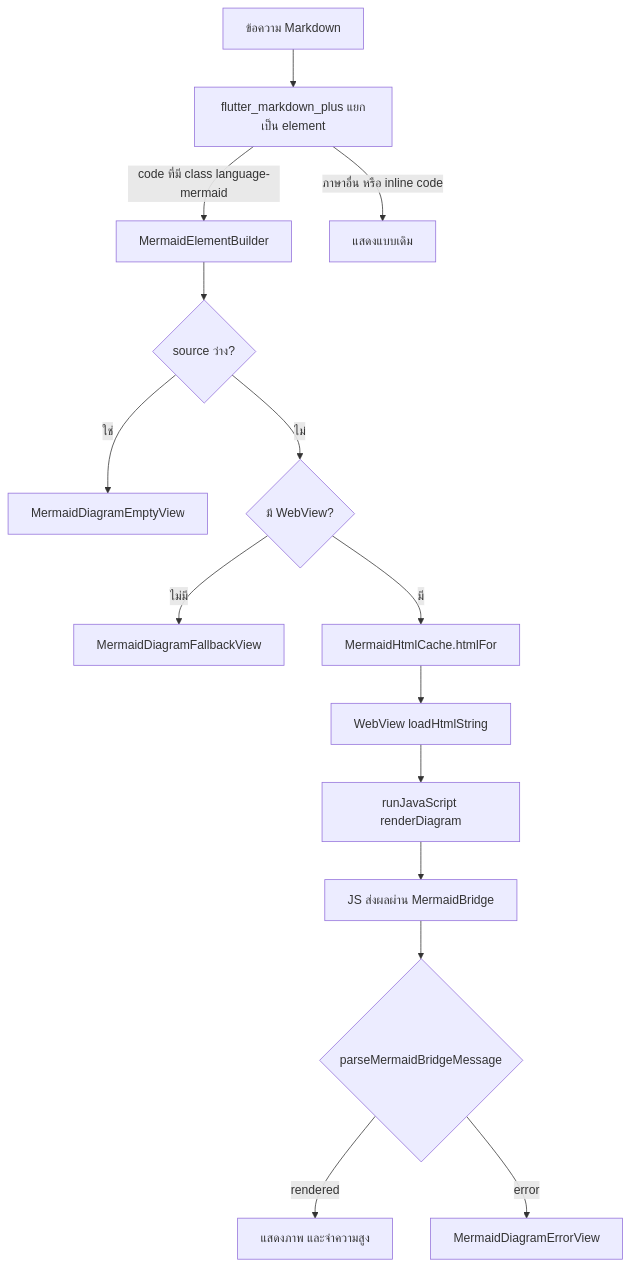
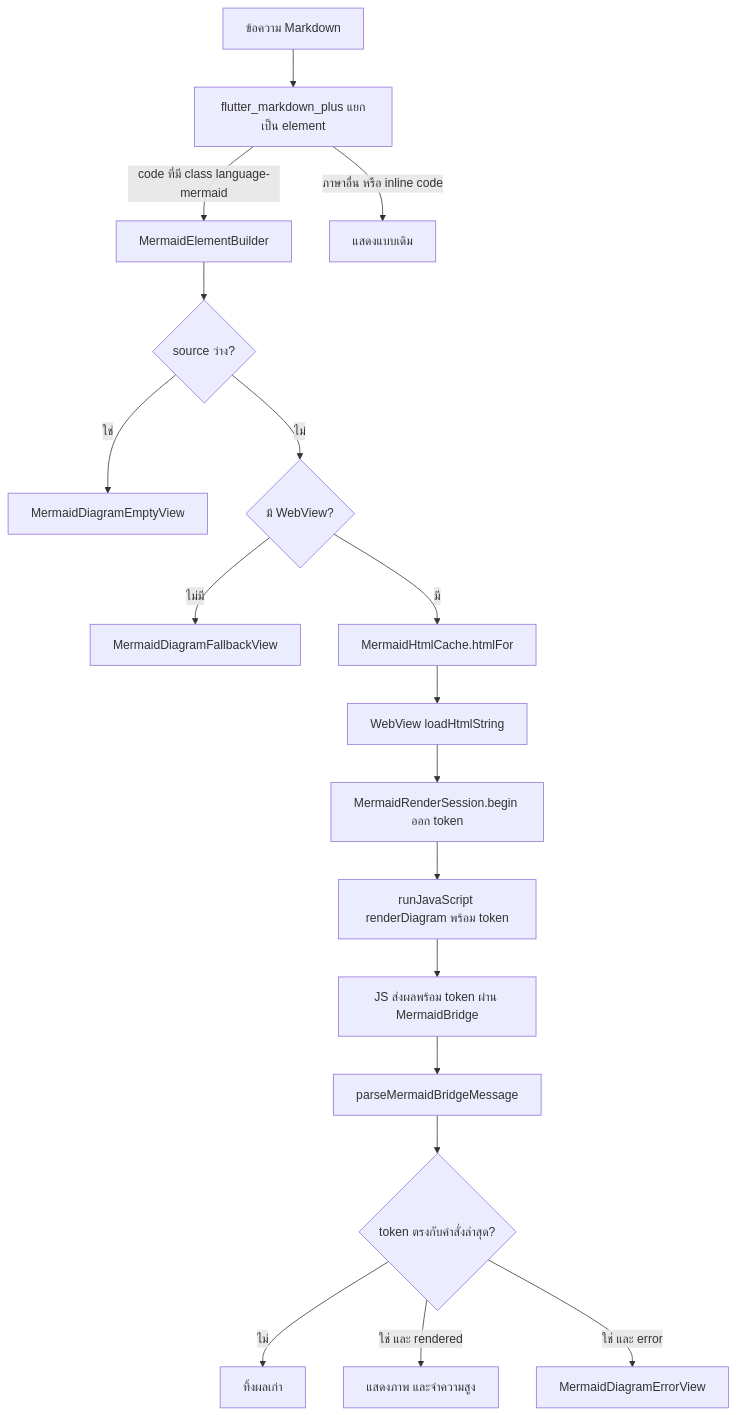
Before and after one commit to PetchAuisui/MNote-Flutter: the diagram in docs/mermaid-preview.md, drawn with Mermaid. The commit also changed other lines of this file, not shown here.

Commit message:
docs: describe mermaid render session and token flow

````diff
--- a/docs/mermaid-preview.md
+++ b/docs/mermaid-preview.md
@@ -68,17 +68,20 @@
 ```mermaid
 flowchart TD
   A[ข้อความ Markdown] --> B[flutter_markdown_plus แยกเป็น element]
   B -->|code ที่มี class language-mermaid| C[MermaidElementBuilder]
   B -->|ภาษาอื่น หรือ inline code| Z[แสดงแบบเดิม]
   C --> D{source ว่าง?}
   D -->|ใช่| E1[MermaidDiagramEmptyView]
   D -->|ไม่| F{มี WebView?}
   F -->|ไม่มี| E2[MermaidDiagramFallbackView]
   F -->|มี| G[MermaidHtmlCache.htmlFor]
   G --> H[WebView loadHtmlString]
-  H --> I[runJavaScript renderDiagram]
-  I --> J[JS ส่งผลผ่าน MermaidBridge]
-  J --> K{parseMermaidBridgeMessage}
-  K -->|rendered| L[แสดงภาพ และจำความสูง]
-  K -->|error| E3[MermaidDiagramErrorView]
+  H --> T[MermaidRenderSession.begin ออก token]
+  T --> I[runJavaScript renderDiagram พร้อม token]
+  I --> J[JS ส่งผลพร้อม token ผ่าน MermaidBridge]
+  J --> K[parseMermaidBridgeMessage]
+  K --> S{token ตรงกับคำสั่งล่าสุด?}
+  S -->|ไม่| X[ทิ้งผลเก่า]
+  S -->|ใช่ และ rendered| L[แสดงภาพ และจำความสูง]
+  S -->|ใช่ และ error| E3[MermaidDiagramErrorView]
 ```
````
